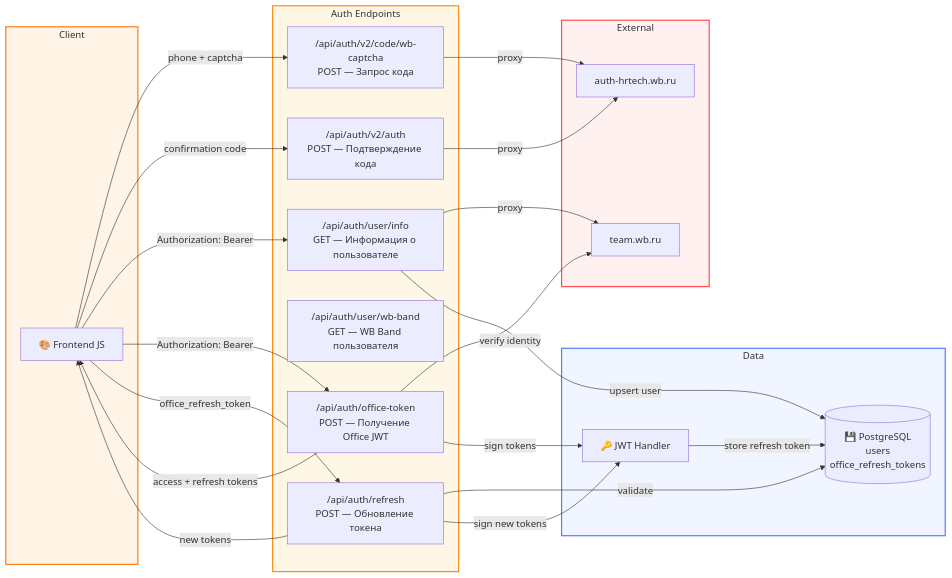
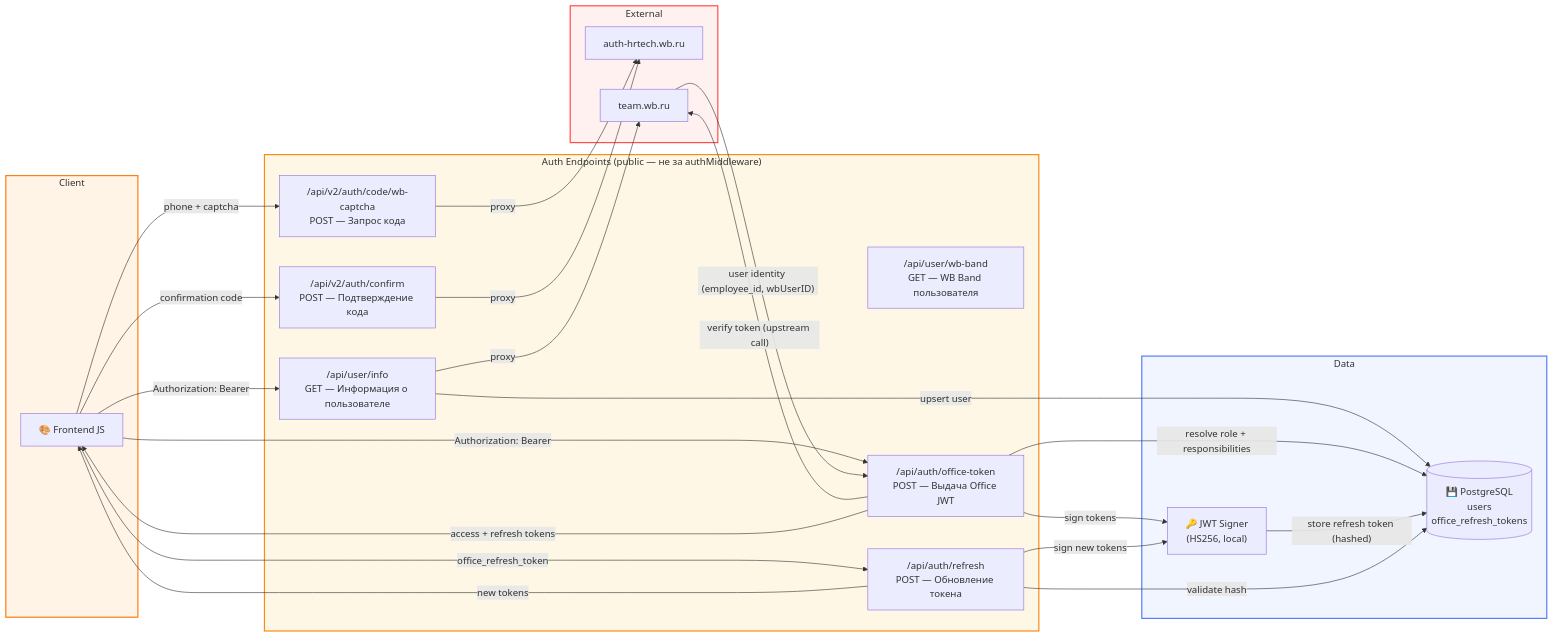
Before and after one commit to radiantbald/office-management: the third of 9 diagrams in DATA_FLOW_DIAGRAM.md, drawn with Mermaid. The commit also changed other lines of this file and 11 other files, not shown here.

````diff
--- a/DATA_FLOW_DIAGRAM.md
+++ b/DATA_FLOW_DIAGRAM.md
@@ -60,50 +59,52 @@
 ```mermaid
 graph LR
     subgraph Client
         JS["🎨 Frontend JS"]
     end
 
-    subgraph AuthAPI["Auth Endpoints"]
-        Code["/api/auth/v2/code/wb-captcha\nPOST — Запрос кода"]
-        Confirm["/api/auth/v2/auth\nPOST — Подтверждение кода"]
-        UserInfo["/api/auth/user/info\nGET — Информация о пользователе"]
-        WbBand["/api/auth/user/wb-band\nGET — WB Band пользователя"]
-        OfficeToken["/api/auth/office-token\nPOST — Получение Office JWT"]
+    subgraph AuthAPI["Auth Endpoints (public — не за authMiddleware)"]
+        Code["/api/v2/auth/code/wb-captcha\nPOST — Запрос кода"]
+        Confirm["/api/v2/auth/confirm\nPOST — Подтверждение кода"]
+        UserInfo["/api/user/info\nGET — Информация о пользователе"]
+        WbBand["/api/user/wb-band\nGET — WB Band пользователя"]
+        OfficeToken["/api/auth/office-token\nPOST — Выдача Office JWT"]
         Refresh["/api/auth/refresh\nPOST — Обновление токена"]
     end
 
     subgraph Ext["External"]
         AuthHR["auth-hrtech.wb.ru"]
         TeamWB["team.wb.ru"]
     end
 
     subgraph Data
-        JWTMod["🔑 JWT Handler"]
+        JWTMod["🔑 JWT Signer\n(HS256, local)"]
         DB[("💾 PostgreSQL\nusers\noffice_refresh_tokens")]
     end
 
     JS -- "phone + captcha" --> Code
     Code -- "proxy" --> AuthHR
     JS -- "confirmation code" --> Confirm
     Confirm -- "proxy" --> AuthHR
 
     JS -- "Authorization: Bearer" --> UserInfo
     UserInfo -- "proxy" --> TeamWB
     UserInfo -- "upsert user" --> DB
 
     JS -- "Authorization: Bearer" --> OfficeToken
-    OfficeToken -- "verify identity" --> TeamWB
+    OfficeToken -- "verify token (upstream call)" --> TeamWB
+    TeamWB -- "user identity (employee_id, wbUserID)" --> OfficeToken
+    OfficeToken -- "resolve role + responsibilities" --> DB
     OfficeToken -- "sign tokens" --> JWTMod
-    JWTMod -- "store refresh token" --> DB
+    JWTMod -- "store refresh token (hashed)" --> DB
     OfficeToken -- "access + refresh tokens" --> JS
 
     JS -- "office_refresh_token" --> Refresh
-    Refresh -- "validate" --> DB
+    Refresh -- "validate hash" --> DB
     Refresh -- "sign new tokens" --> JWTMod
     Refresh -- "new tokens" --> JS
 
     style Client fill:#FFF4E6,stroke:#FD7E14,stroke-width:2px
     style AuthAPI fill:#FFF7E6,stroke:#FA8C16,stroke-width:2px
     style Ext fill:#FFF1F0,stroke:#FF4D4F,stroke-width:2px
     style Data fill:#F0F5FF,stroke:#597EF7,stroke-width:2px
 ```
````
